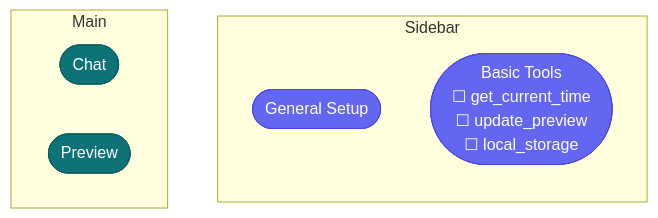
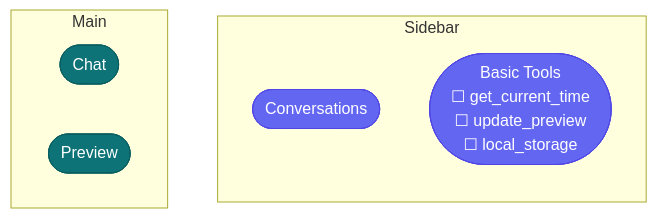
One commit to opensemanticworld/panelini changed the diagram in docs/examples/chat/ai_chat_custom_tool.md. Above: the diagram before and after it, drawn with Mermaid. The commit also changed other lines of this file and 26 other files, not shown here.

````diff
--- a/docs/examples/chat/ai_chat_custom_tool.md
+++ b/docs/examples/chat/ai_chat_custom_tool.md
@@ -79,17 +80,17 @@
 ```{mermaid}
 graph TB
     subgraph sidebar [" Sidebar "]
         direction TB
-        gen(["General Setup"])
+        conv(["Conversations"])
         tools(["Basic Tools<br/>☐ get_current_time<br/>☐ update_preview<br/>☐ local_storage"])
     end
     subgraph main [" Main "]
         chat(["Chat"])
         preview(["Preview"])
     end
 
     classDef side fill:#6366f1,stroke:#4f46e5,color:#ffffff
     classDef main fill:#0d7377,stroke:#095c5f,color:#ffffff
-    class gen,tools side
+    class conv,tools side
     class chat,preview main
 ```
````
